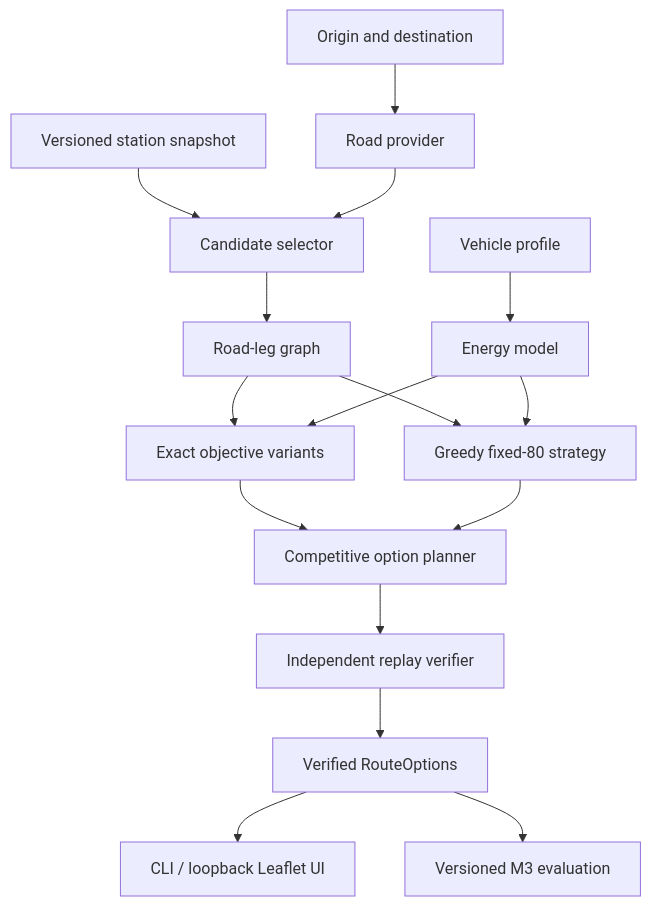
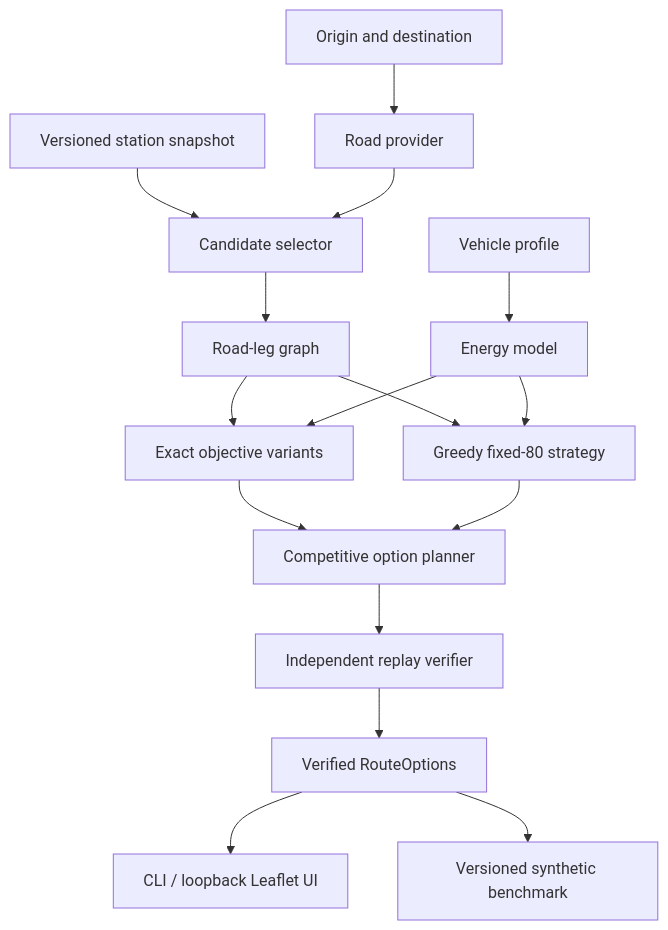
The diagram in docs/architecture.md (EfeErim/chargepath-ev-route-optimizer), drawn with Mermaid before and after one commit. The commit also changed other lines of this file and 47 other files, not shown here.

````diff
--- a/docs/architecture.md
+++ b/docs/architecture.md
@@ -9,18 +9,18 @@
 ```mermaid
 flowchart TD
     A["Origin and destination"] --> B["Road provider"]
     S["Versioned station snapshot"] --> C["Candidate selector"]
     B --> C
     C --> D["Road-leg graph"]
     V["Vehicle profile"] --> E["Energy model"]
     D --> F["Exact objective variants"]
     D --> Q["Greedy fixed-80 strategy"]
     E --> F
     E --> Q
     F --> O["Competitive option planner"]
     Q --> O
     O --> R["Independent replay verifier"]
     R --> G["Verified RouteOptions"]
     G --> H["CLI / loopback Leaflet UI"]
-    G --> M3["Versioned M3 evaluation"]
+    G --> SB["Versioned synthetic benchmark"]
 ```
````
